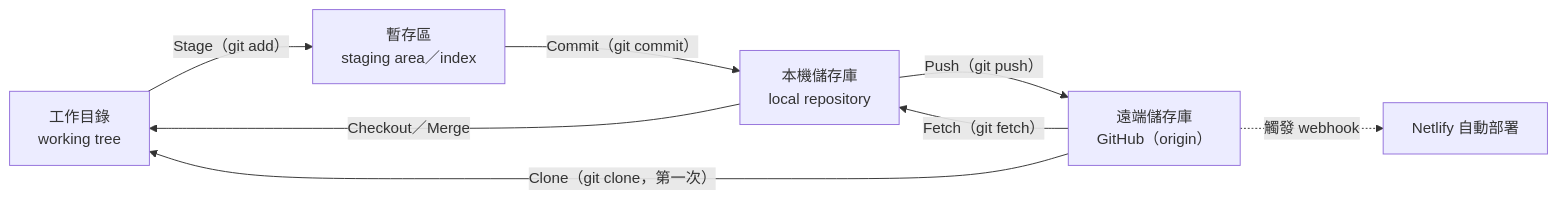
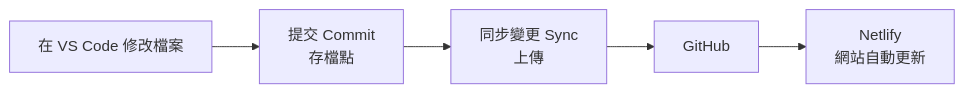
One commit to cychiang-ntpu/VibeNTPU changed the diagram in docs/tutorials/git_intro.md. Above: the diagram before and after it, drawn with Mermaid. The commit also changed other lines of this file and 41 other files, not shown here.

````diff
--- a/docs/tutorials/git_intro.md
+++ b/docs/tutorials/git_intro.md
@@ -51,10 +20,7 @@
 ```mermaid
 flowchart LR
-    WT["工作目錄<br/>working tree"] -- "Stage（git add）" --> IX["暫存區<br/>staging area／index"]
-    IX -- "Commit（git commit）" --> LR["本機儲存庫<br/>local repository"]
-    LR -- "Push（git push）" --> RR["遠端儲存庫<br/>GitHub（origin）"]
-    RR -- "Fetch（git fetch）" --> LR
-    LR -- "Checkout／Merge" --> WT
-    RR -- "Clone（git clone，第一次）" --> WT
-    RR -. "觸發 webhook" .-> NF["Netlify 自動部署"]
+    A["在 VS Code 修改檔案"] --> B["提交 Commit<br/>存檔點"]
+    B --> C["同步變更 Sync<br/>上傳"]
+    C --> D["GitHub"]
+    D --> E["Netlify<br/>網站自動更新"]
 ```
````
